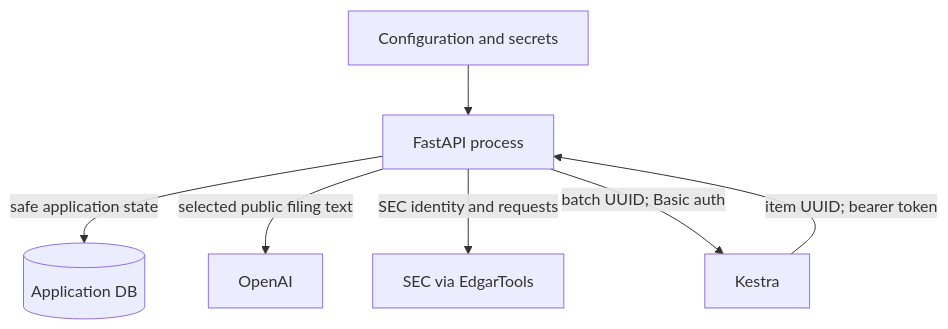
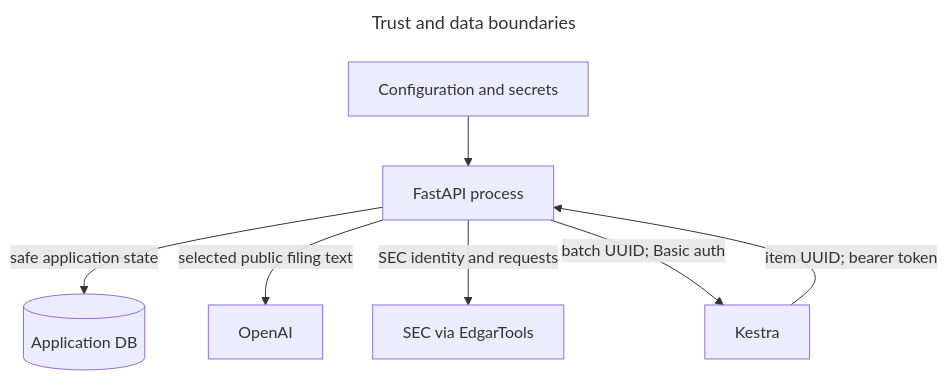
Before and after one commit to hongchit/sec-filing-rag-poc: the fourth of 4 diagrams in docs/architecture.md, drawn with Mermaid. The commit also changed other lines of this file and 43 other files, not shown here.

````diff
--- a/docs/architecture.md
+++ b/docs/architecture.md
@@ -100,9 +109,12 @@
 ```mermaid
+---
+title: Trust and data boundaries
+---
 flowchart TD
   C[Configuration and secrets] --> A[FastAPI process]
   A -->|safe application state| DB[(Application DB)]
   A -->|selected public filing text| O[OpenAI]
   A -->|SEC identity and requests| SEC[SEC via EdgarTools]
   A -->|batch UUID; Basic auth| K[Kestra]
   K -->|item UUID; bearer token| A
 ```
````
